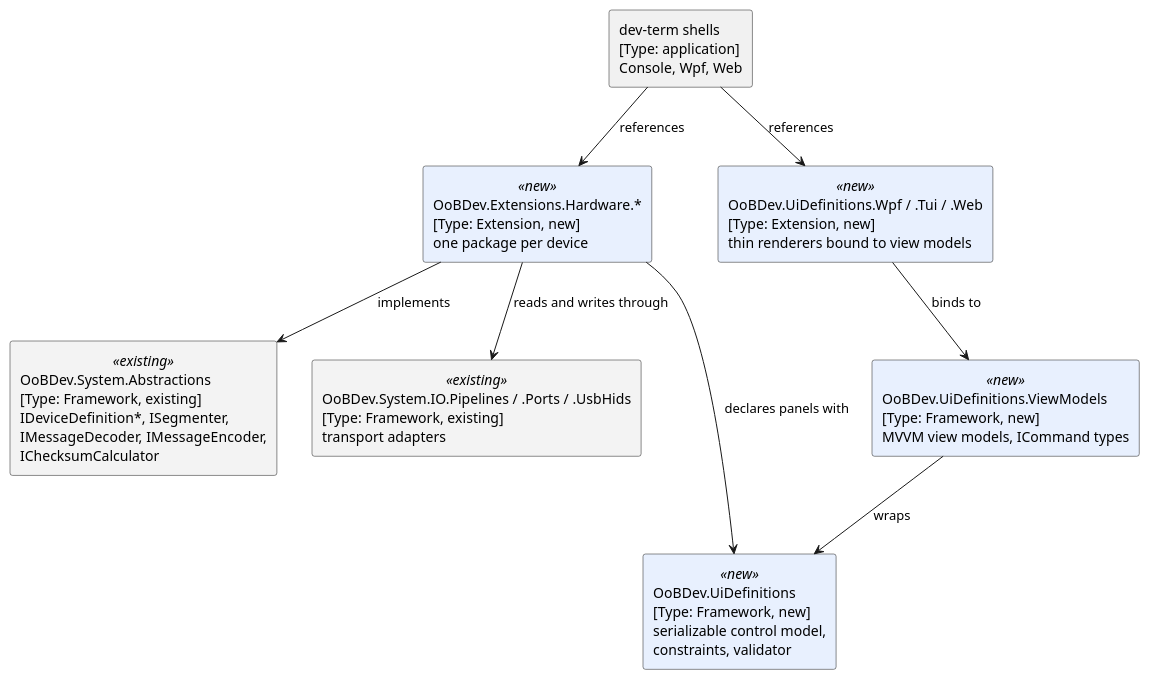
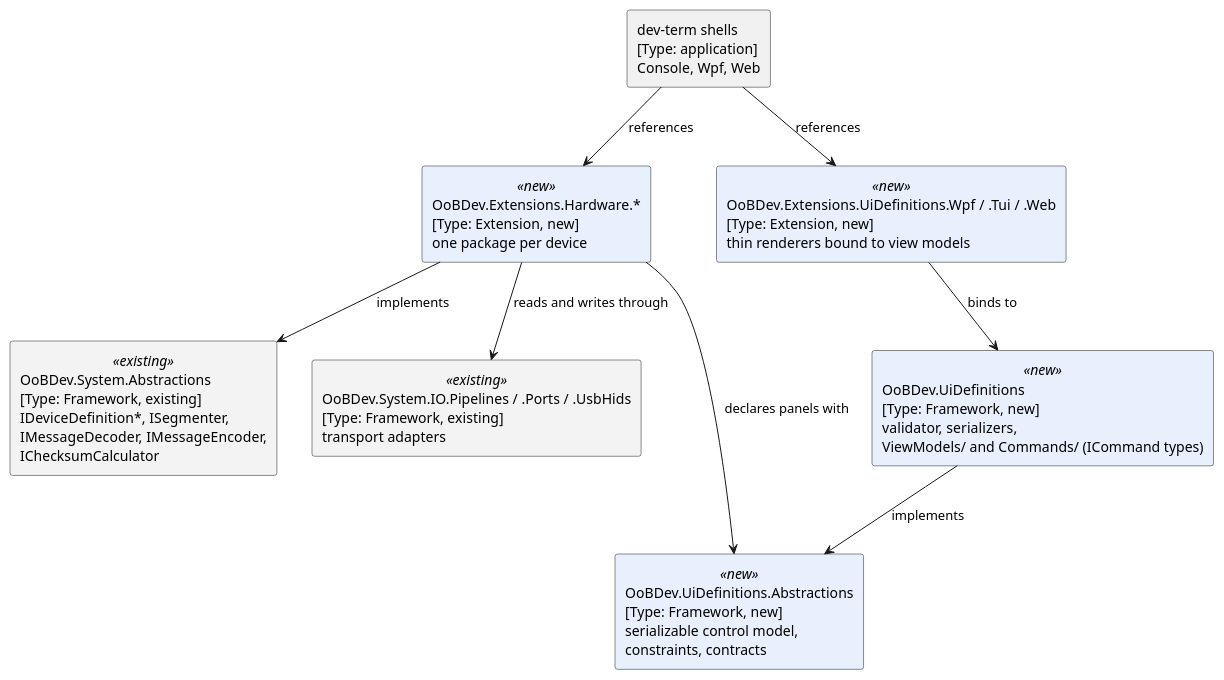
One commit to OutOfBandDevelopment/dotex changed the diagram in docs/migration/device-decoding-migration-plan.md. Above: the diagram before and after it, drawn with PlantUML. The commit also changed other lines of this file and 1 other file, not shown here.

````diff
--- a/docs/migration/device-decoding-migration-plan.md
+++ b/docs/migration/device-decoding-migration-plan.md
@@ -64,22 +65,22 @@
 ```plantuml
 @startuml
 skinparam rectangle {
   BackgroundColor<<new>> #E8F0FE
   BackgroundColor<<existing>> #F3F3F3
 }
 rectangle "OoBDev.System.Abstractions\n[Type: Framework, existing]\nIDeviceDefinition*, ISegmenter,\nIMessageDecoder, IMessageEncoder,\nIChecksumCalculator" <<existing>> as Abs
 rectangle "OoBDev.System.IO.Pipelines / .Ports / .UsbHids\n[Type: Framework, existing]\ntransport adapters" <<existing>> as Io
 rectangle "OoBDev.Extensions.Hardware.*\n[Type: Extension, new]\none package per device" <<new>> as Dev
-rectangle "OoBDev.UiDefinitions\n[Type: Framework, new]\nserializable control model,\nconstraints, validator" <<new>> as Ui
-rectangle "OoBDev.UiDefinitions.ViewModels\n[Type: Framework, new]\nMVVM view models, ICommand types" <<new>> as Vm
-rectangle "OoBDev.UiDefinitions.Wpf / .Tui / .Web\n[Type: Extension, new]\nthin renderers bound to view models" <<new>> as Rend
+rectangle "OoBDev.UiDefinitions.Abstractions\n[Type: Framework, new]\nserializable control model,\nconstraints, contracts" <<new>> as Ui
+rectangle "OoBDev.UiDefinitions\n[Type: Framework, new]\nvalidator, serializers,\nViewModels/ and Commands/ (ICommand types)" <<new>> as Vm
+rectangle "OoBDev.Extensions.UiDefinitions.Wpf / .Tui / .Web\n[Type: Extension, new]\nthin renderers bound to view models" <<new>> as Rend
 rectangle "dev-term shells\n[Type: application]\nConsole, Wpf, Web" as App
 Dev --> Abs : implements
 Dev --> Io : reads and writes through
 Dev --> Ui : declares panels with
-Vm --> Ui : wraps
+Vm --> Ui : implements
 Rend --> Vm : binds to
 App --> Dev : references
 App --> Rend : references
 @enduml
 ```
````
